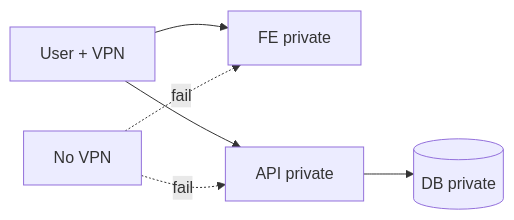
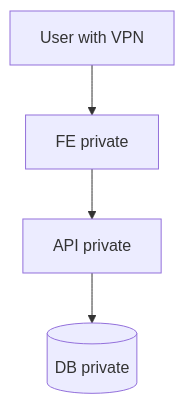
The fourth of 8 diagrams in sakura-v2/public/fe1.md (shashankdkte/dev-drop), drawn with Mermaid before and after one commit. The commit also changed other lines of this file, not shown here.

````diff
--- a/sakura-v2/public/fe1.md
+++ b/sakura-v2/public/fe1.md
@@ -100,8 +94,6 @@
 ```mermaid
-flowchart LR
-  U[User + VPN] --> FE[FE private]
-  U --> API[API private]
+flowchart TB
+  OK[User with VPN] --> FE[FE private]
+  FE --> API[API private]
   API --> DB[(DB private)]
-  X[No VPN] -.->|fail| FE
-  X -.->|fail| API
 ```
````
